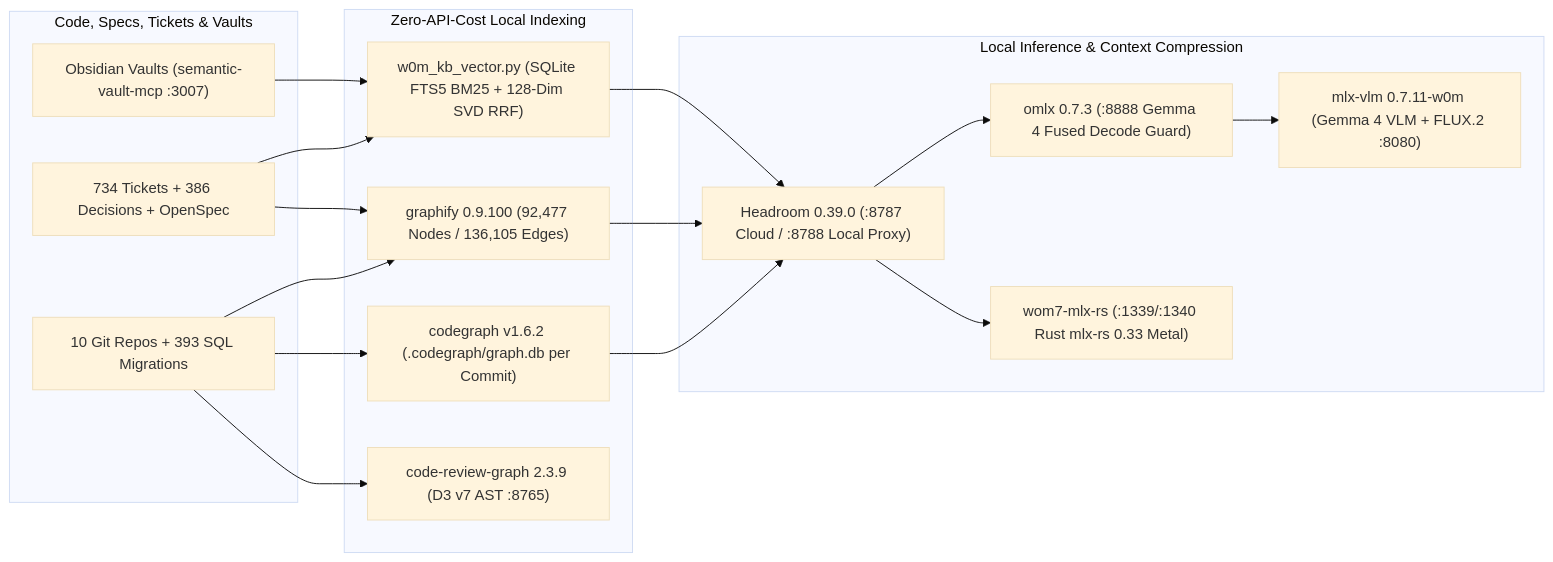
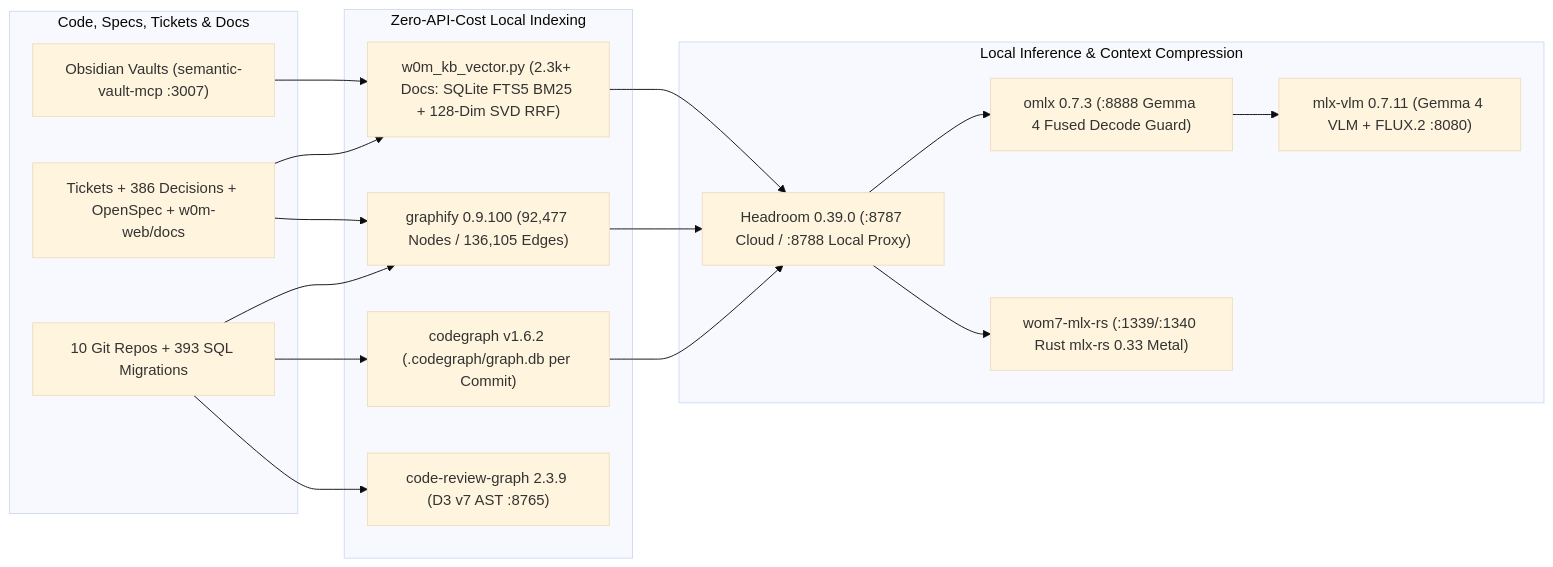
One commit to webomage/a2ui-vinext changed the second of 2 diagrams in .agents/reports/t734-w0m-technology-landscape-overview.md. Above: the diagram before and after it, drawn with Mermaid (base theme). The commit also changed other lines of this file and 9 other files, not shown here.

````diff
--- a/.agents/reports/t734-w0m-technology-landscape-overview.md
+++ b/.agents/reports/t734-w0m-technology-landscape-overview.md
@@ -204,35 +205,35 @@
 ```mermaid
 flowchart LR
-    subgraph Sources["Code, Specs, Tickets & Vaults"]
+    subgraph Sources["Code, Specs, Tickets & Docs"]
         Repos["10 Git Repos + 393 SQL Migrations"]
-        Docs["734 Tickets + 386 Decisions + OpenSpec"]
+        Docs["Tickets + 386 Decisions + OpenSpec + w0m-web/docs"]
         Vaults["Obsidian Vaults (semantic-vault-mcp :3007)"]
     end
 
     subgraph Indexing["Zero-API-Cost Local Indexing"]
         CG["codegraph v1.6.2 (.codegraph/graph.db per Commit)"]
         GF["graphify 0.9.100 (92,477 Nodes / 136,105 Edges)"]
-        KB["w0m_kb_vector.py (SQLite FTS5 BM25 + 128-Dim SVD RRF)"]
+        KB["w0m_kb_vector.py (2.3k+ Docs: SQLite FTS5 BM25 + 128-Dim SVD RRF)"]
         CRG["code-review-graph 2.3.9 (D3 v7 AST :8765)"]
     end
 
     subgraph Serving["Local Inference & Context Compression"]
         HR["Headroom 0.39.0 (:8787 Cloud / :8788 Local Proxy)"]
         OMLX["omlx 0.7.3 (:8888 Gemma 4 Fused Decode Guard)"]
         MLXRS["wom7-mlx-rs (:1339/:1340 Rust mlx-rs 0.33 Metal)"]
-        VLM["mlx-vlm 0.7.11-w0m (Gemma 4 VLM + FLUX.2 :8080)"]
+        VLM["mlx-vlm 0.7.11 (Gemma 4 VLM + FLUX.2 :8080)"]
     end
 
     Repos --> CG
     Repos --> GF
     Repos --> CRG
     Docs --> KB
     Docs --> GF
     Vaults --> KB
     CG --> HR
     GF --> HR
     KB --> HR
     HR --> OMLX
     HR --> MLXRS
     OMLX --> VLM
 ```
````
